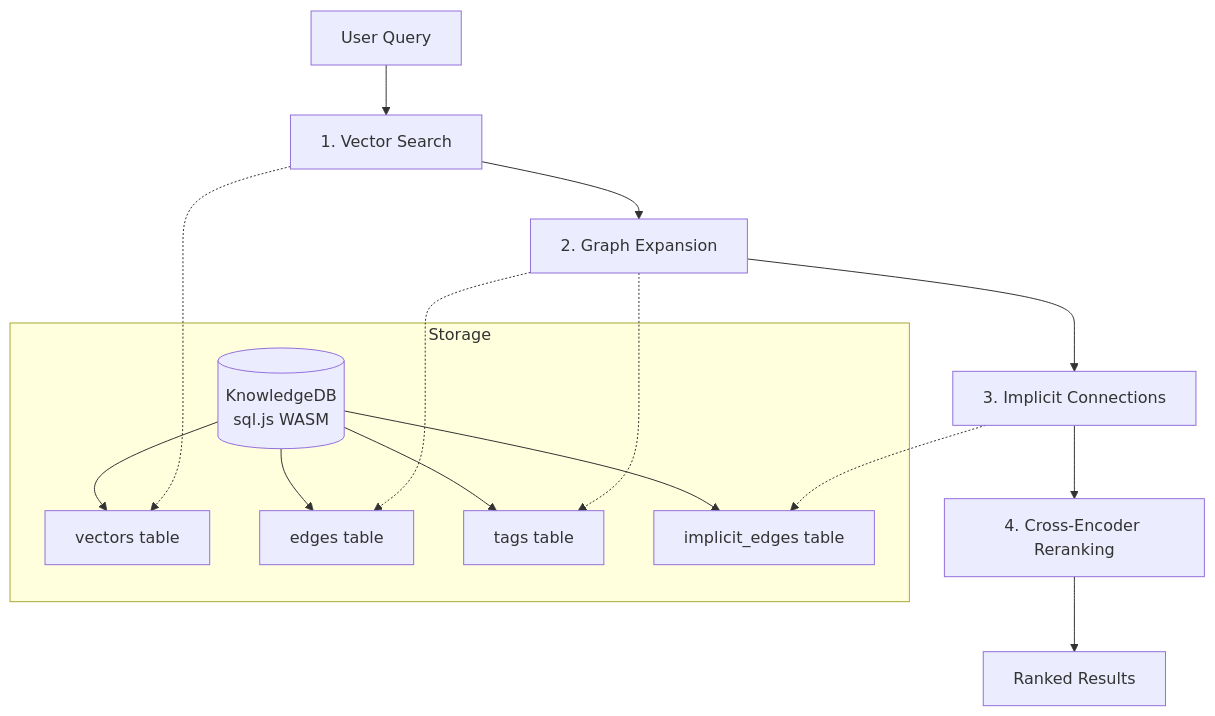
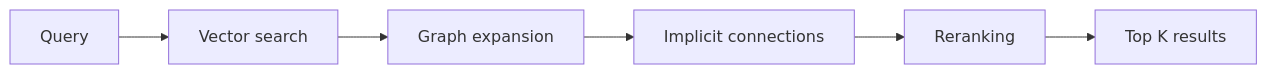
The diagram in docs/dev/knowledge-layer.md (eshyun/obsilo), drawn with Mermaid before and after one commit. The commit also changed other lines of this file and 40 other files, not shown here.

````diff
--- a/docs/dev/knowledge-layer.md
+++ b/docs/dev/knowledge-layer.md
@@ -12,21 +22,8 @@
 ```mermaid
-graph TB
-    Query[User Query] --> VectorSearch[1. Vector Search]
-    VectorSearch --> GraphExpansion[2. Graph Expansion]
-    GraphExpansion --> ImplicitConn[3. Implicit Connections]
-    ImplicitConn --> Reranker[4. Cross-Encoder Reranking]
-    Reranker --> Results[Ranked Results]
-
-    subgraph Storage
-        KDB[(KnowledgeDB<br/>sql.js WASM)]
-        KDB --> VecTable[vectors table]
-        KDB --> EdgeTable[edges table]
-        KDB --> TagTable[tags table]
-        KDB --> ImplicitTable[implicit_edges table]
-    end
-
-    VectorSearch -.-> VecTable
-    GraphExpansion -.-> EdgeTable
-    GraphExpansion -.-> TagTable
-    ImplicitConn -.-> ImplicitTable
+flowchart LR
+    Q[Query] --> V[Vector search]
+    V --> G[Graph expansion]
+    G --> I[Implicit connections]
+    I --> R[Reranking]
+    R --> Out[Top K results]
 ```
````
